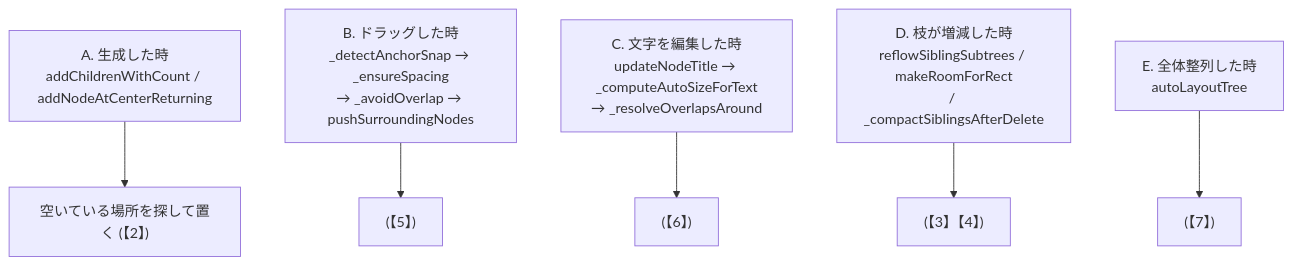
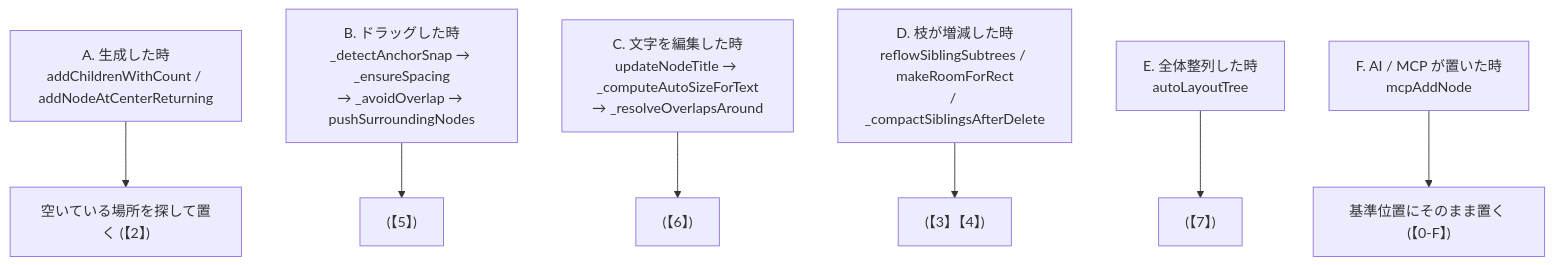
One commit to PG-Darksan/Kamispec changed the first of 6 diagrams in assets/ai/docs/layout.md. Above: the diagram before and after it, drawn with Mermaid. The commit also changed other lines of this file and 8 other files, not shown here.

First line of the commit message:
fix: MCP tools stop lying — wrong-node deletes, invisible colours, silent drops (b188)

````diff
--- a/assets/ai/docs/layout.md
+++ b/assets/ai/docs/layout.md
@@ -25,8 +25,9 @@
 ```mermaid
 flowchart TD
     A["A. 生成した時<br/>addChildrenWithCount / addNodeAtCenterReturning"] --> A1["空いている場所を探して置く (【2】)"]
     B["B. ドラッグした時<br/>_detectAnchorSnap → _ensureSpacing<br/>→ _avoidOverlap → pushSurroundingNodes"] --> B1["(【5】)"]
     C["C. 文字を編集した時<br/>updateNodeTitle → _computeAutoSizeForText<br/>→ _resolveOverlapsAround"] --> C1["(【6】)"]
     D["D. 枝が増減した時<br/>reflowSiblingSubtrees / makeRoomForRect<br/>/ _compactSiblingsAfterDelete"] --> D1["(【3】【4】)"]
     E["E. 全体整列した時<br/>autoLayoutTree"] --> E1["(【7】)"]
+    F["F. AI / MCP が置いた時<br/>mcpAddNode"] --> F1["基準位置にそのまま置く (【0-F】)"]
 ```
````
